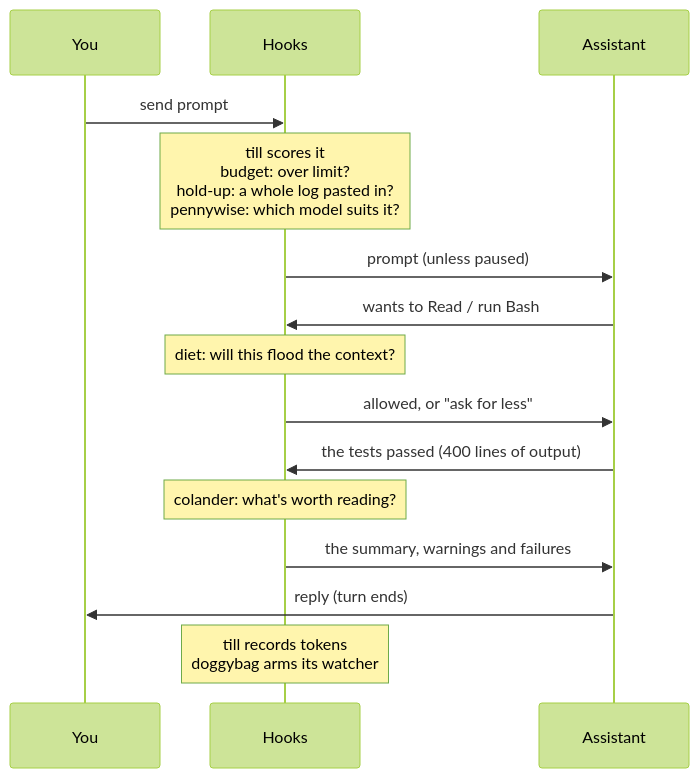
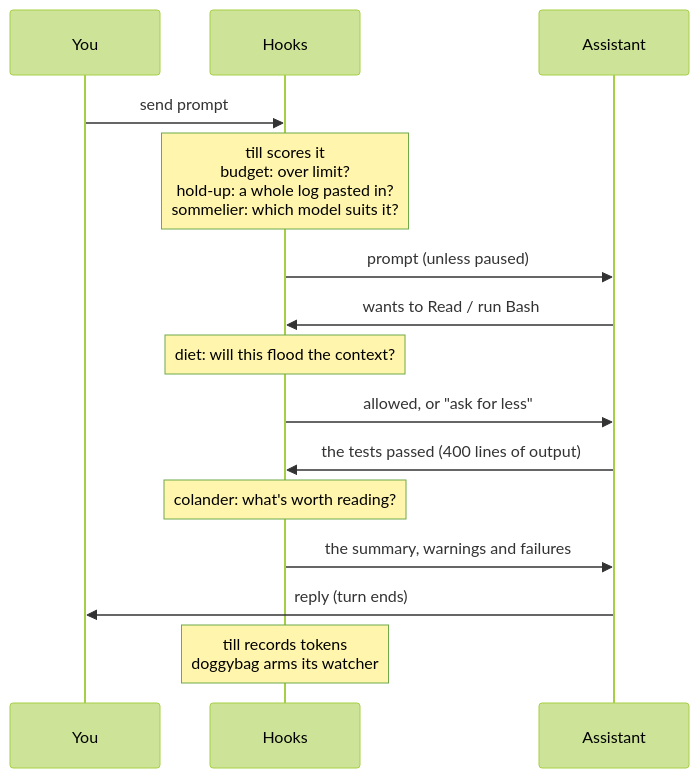
Before and after one commit to andrew44/agentarium: the second of 2 diagrams in docs/skills-tools-and-hooks.md, drawn with Mermaid (forest theme). The commit also changed other lines of this file and 56 other files, not shown here.

First line of the commit message:
Rename pennywise to sommelier

````diff
--- a/docs/skills-tools-and-hooks.md
+++ b/docs/skills-tools-and-hooks.md
@@ -299,17 +299,17 @@
 ```mermaid
 sequenceDiagram
     participant You
     participant Hooks
     participant AI as Assistant
     You->>Hooks: send prompt
-    Note over Hooks: till scores it<br/>budget: over limit?<br/>hold-up: a whole log pasted in?<br/>pennywise: which model suits it?
+    Note over Hooks: till scores it<br/>budget: over limit?<br/>hold-up: a whole log pasted in?<br/>sommelier: which model suits it?
     Hooks->>AI: prompt (unless paused)
     AI->>Hooks: wants to Read / run Bash
     Note over Hooks: diet: will this flood the context?
     Hooks->>AI: allowed, or "ask for less"
     AI->>Hooks: the tests passed (400 lines of output)
     Note over Hooks: colander: what's worth reading?
     Hooks->>AI: the summary, warnings and failures
     AI->>You: reply (turn ends)
     Note over Hooks: till records tokens<br/>doggybag arms its watcher
 ```
````
